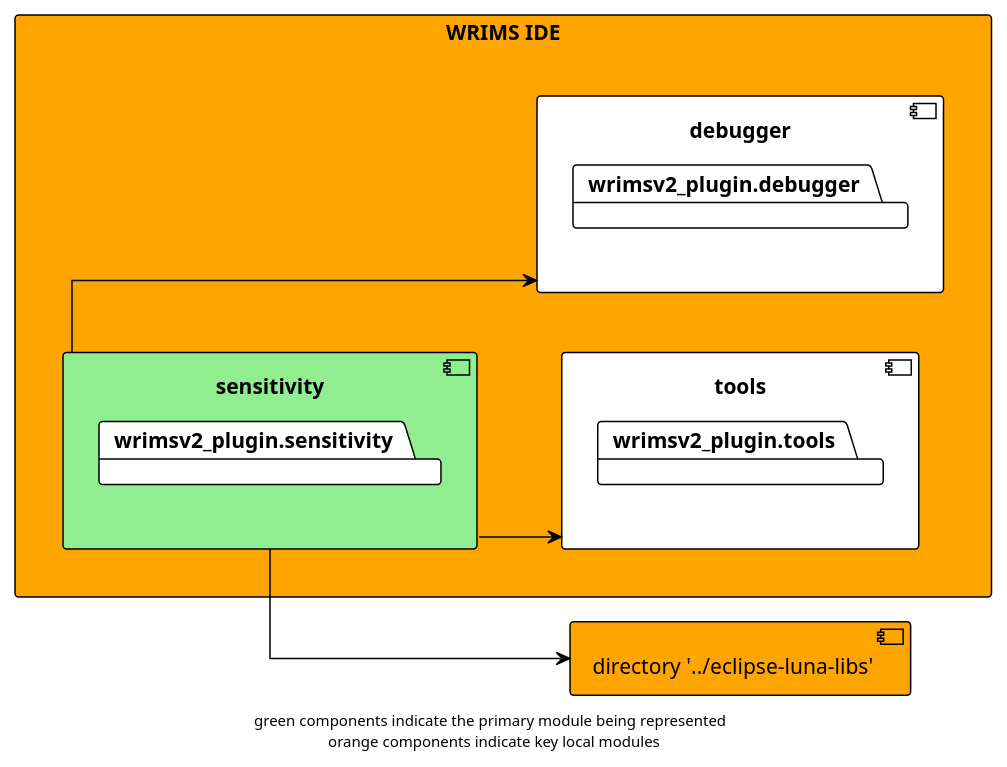
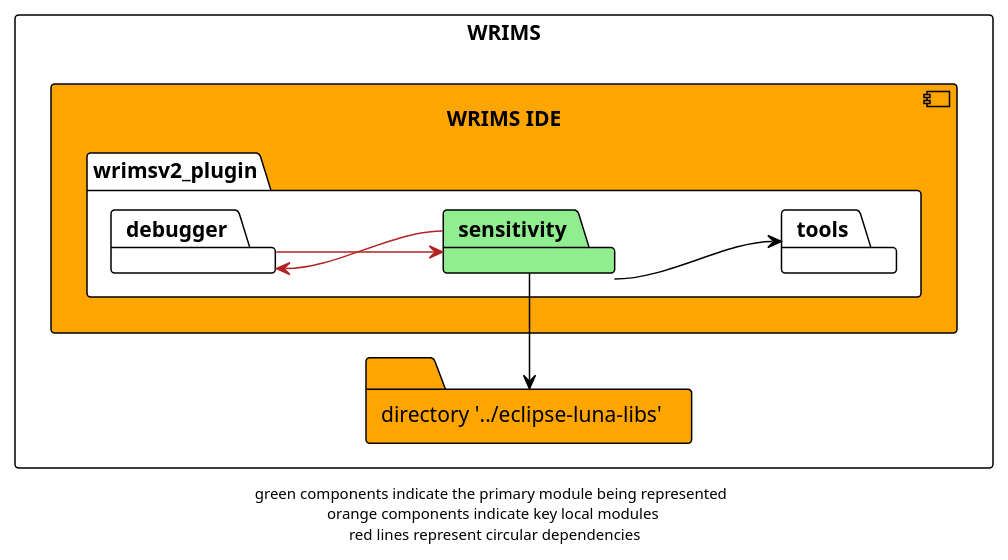
Before and after one commit to CentralValleyModeling/wrims-gui: the diagram in docs/diagrams/wrims-ide/wrims-ide_sensitivity.plantuml, drawn with PlantUML. The commit also changed 25 other files, not shown here.

Commit message:
Updated diagrams created for WRIMS 2.2 dependency analysis

```diff
--- a/docs/diagrams/wrims-ide/wrims-ide_sensitivity.plantuml
+++ b/docs/diagrams/wrims-ide/wrims-ide_sensitivity.plantuml
@@ -1,26 +1,25 @@
 @startuml
 
 !theme plain
 left to right direction
 skinparam linetype ortho
 
-rectangle wrims-ide as "WRIMS IDE" #orange {
-    component sensitivity #lightgreen {
-        package wrimsv2_plugin.sensitivity
+rectangle WRIMS {
+    component wrims-ide as "WRIMS IDE" #orange {
+        package wrimsv2_plugin {
+            package sensitivity #lightgreen
+            package tools
+            package debugger
+        }
     }
-    component tools {
-        package wrimsv2_plugin.tools
-    }
-    component debugger {
-        package wrimsv2_plugin.debugger
-    }
+
+    folder luna_libs as "directory '../eclipse-luna-libs'" #orange
 }
+sensitivity -r-> luna_libs
+sensitivity --> tools
+sensitivity -u-> debugger #firebrick
 
-component luna_libs as "directory '../eclipse-luna-libs'" #orange
+debugger -> sensitivity #firebrick
 
-sensitivity -down-> luna_libs
-sensitivity -down-> tools
-sensitivity -down-> debugger
-
-footer "green components indicate the primary module being represented \n orange components indicate key local modules"
+footer "green components indicate the primary module being represented \n orange components indicate key local modules \n red lines represent circular dependencies"
 @enduml
```
